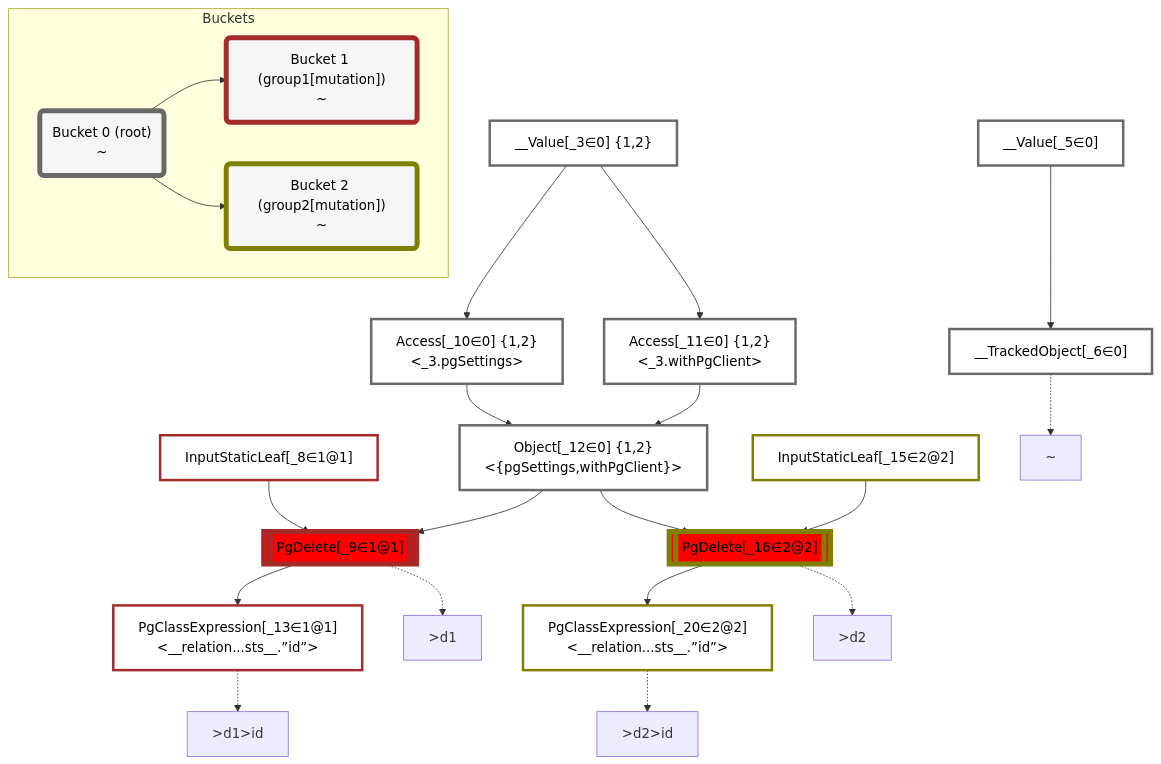
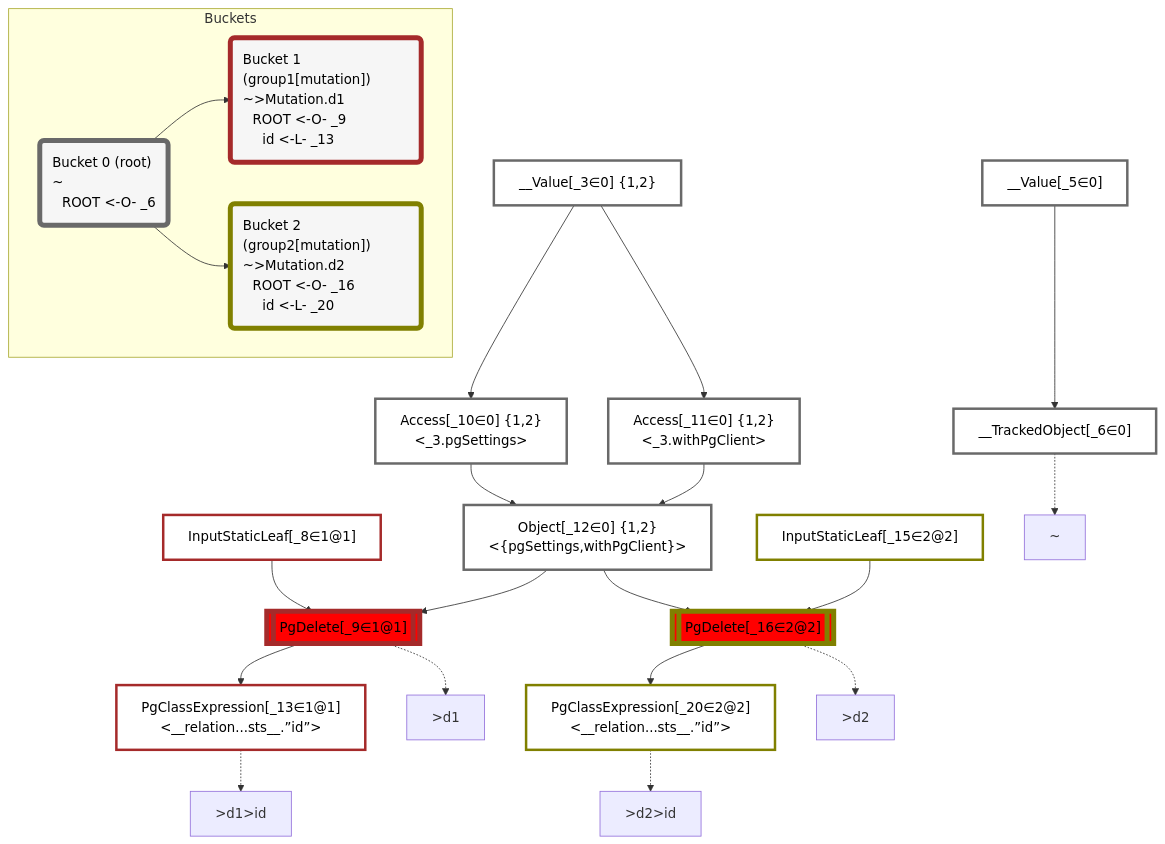
One commit to graphile/crystal changed the diagram in packages/dataplan-pg/__tests__/mutations/basics/delete-relational-post-no-computed.mermaid.md. Above: the diagram before and after it, drawn with Mermaid. The commit also changed 195 other files, not shown here.

````diff
--- a/packages/dataplan-pg/__tests__/mutations/basics/delete-relational-post-no-computed.mermaid.md
+++ b/packages/dataplan-pg/__tests__/mutations/basics/delete-relational-post-no-computed.mermaid.md
@@ -1,67 +1,67 @@
 ```mermaid
 graph TD
     classDef path fill:#eee,stroke:#000,color:#000
     classDef plan fill:#fff,stroke-width:3px,color:#000
     classDef itemplan fill:#fff,stroke-width:6px,color:#000
     classDef sideeffectplan fill:#f00,stroke-width:6px,color:#000
-    classDef bucket fill:#f6f6f6,color:#000,stroke-width:6px
+    classDef bucket fill:#f6f6f6,color:#000,stroke-width:6px,text-align:left
 
 
     %% define plans
     __Value_3["__Value[_3∈0] {1,2}<br /><context>"]:::plan
     __Value_5["__Value[_5∈0]<br /><rootValue>"]:::plan
     __TrackedObject_6["__TrackedObject[_6∈0]"]:::plan
     InputStaticLeaf_8["InputStaticLeaf[_8∈1@1]"]:::plan
     PgDelete_9[["PgDelete[_9∈1@1]"]]:::sideeffectplan
     Access_10["Access[_10∈0] {1,2}<br /><_3.pgSettings>"]:::plan
     Access_11["Access[_11∈0] {1,2}<br /><_3.withPgClient>"]:::plan
     Object_12["Object[_12∈0] {1,2}<br /><{pgSettings,withPgClient}>"]:::plan
     PgClassExpression_13["PgClassExpression[_13∈1@1]<br /><__relation...sts__.”id”>"]:::plan
     InputStaticLeaf_15["InputStaticLeaf[_15∈2@2]"]:::plan
     PgDelete_16[["PgDelete[_16∈2@2]"]]:::sideeffectplan
     PgClassExpression_20["PgClassExpression[_20∈2@2]<br /><__relation...sts__.”id”>"]:::plan
 
     %% plan dependencies
     __Value_5 --> __TrackedObject_6
     Object_12 --> PgDelete_9
     InputStaticLeaf_8 --> PgDelete_9
     __Value_3 --> Access_10
     __Value_3 --> Access_11
     Access_10 --> Object_12
     Access_11 --> Object_12
     PgDelete_9 --> PgClassExpression_13
     Object_12 --> PgDelete_16
     InputStaticLeaf_15 --> PgDelete_16
     PgDelete_16 --> PgClassExpression_20
 
     %% plan-to-path relationships
     P_6["~"]
     __TrackedObject_6 -.-> P_6
     P_9[">d1"]
     PgDelete_9 -.-> P_9
     P_13[">d1>id"]
     PgClassExpression_13 -.-> P_13
     P_16[">d2"]
     PgDelete_16 -.-> P_16
     P_20[">d2>id"]
     PgClassExpression_20 -.-> P_20
 
     %% allocate buckets
     classDef bucket0 stroke:#696969
     class __Value_3,__Value_5,__TrackedObject_6,Access_10,Access_11,Object_12 bucket0
     classDef bucket1 stroke:#a52a2a
     class InputStaticLeaf_8,PgDelete_9,PgClassExpression_13 bucket1
     classDef bucket2 stroke:#808000
     class InputStaticLeaf_15,PgDelete_16,PgClassExpression_20 bucket2
 
     subgraph Buckets
-    Bucket0("Bucket 0 (root)<br />~"):::bucket
+    Bucket0("Bucket 0 (root)<br />~<br />⠀ROOT <-O- _6"):::bucket
     style Bucket0 stroke:#696969
-    Bucket1("Bucket 1 (group1[mutation])<br />~"):::bucket
+    Bucket1("Bucket 1 (group1[mutation])<br />~>Mutation.d1<br />⠀ROOT <-O- _9<br />⠀⠀id <-L- _13"):::bucket
     style Bucket1 stroke:#a52a2a
     Bucket0 --> Bucket1
-    Bucket2("Bucket 2 (group2[mutation])<br />~"):::bucket
+    Bucket2("Bucket 2 (group2[mutation])<br />~>Mutation.d2<br />⠀ROOT <-O- _16<br />⠀⠀id <-L- _20"):::bucket
     style Bucket2 stroke:#808000
     Bucket0 --> Bucket2
     end
 ```
````
